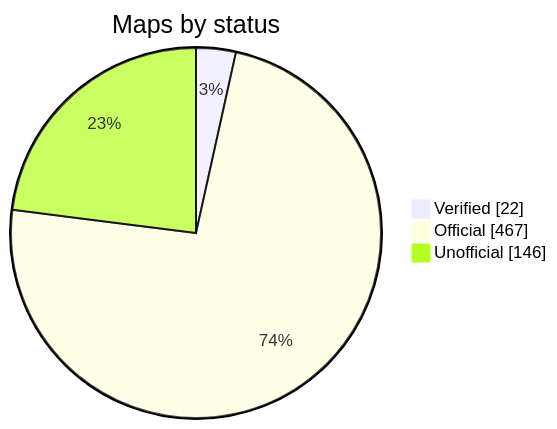
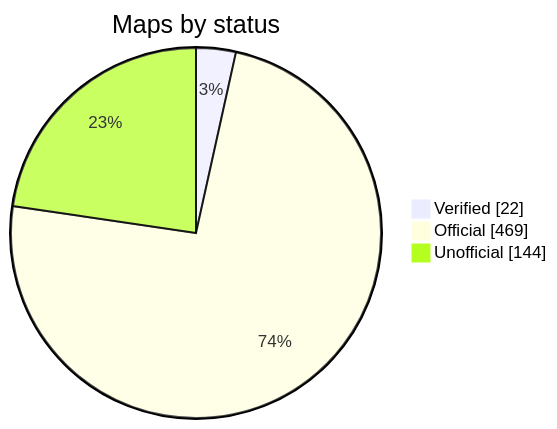
One commit to nobrega8/mbmap-library changed the diagram in README.md. Above: the diagram before and after it, drawn with Mermaid. The commit also changed 4 other files, not shown here.

````diff
--- a/README.md
+++ b/README.md
@@ -52,7 +52,7 @@
 ```mermaid
 pie showData
     title Maps by status
     "Verified" : 22
-    "Official" : 467
-    "Unofficial" : 146
+    "Official" : 469
+    "Unofficial" : 144
 ```
````
